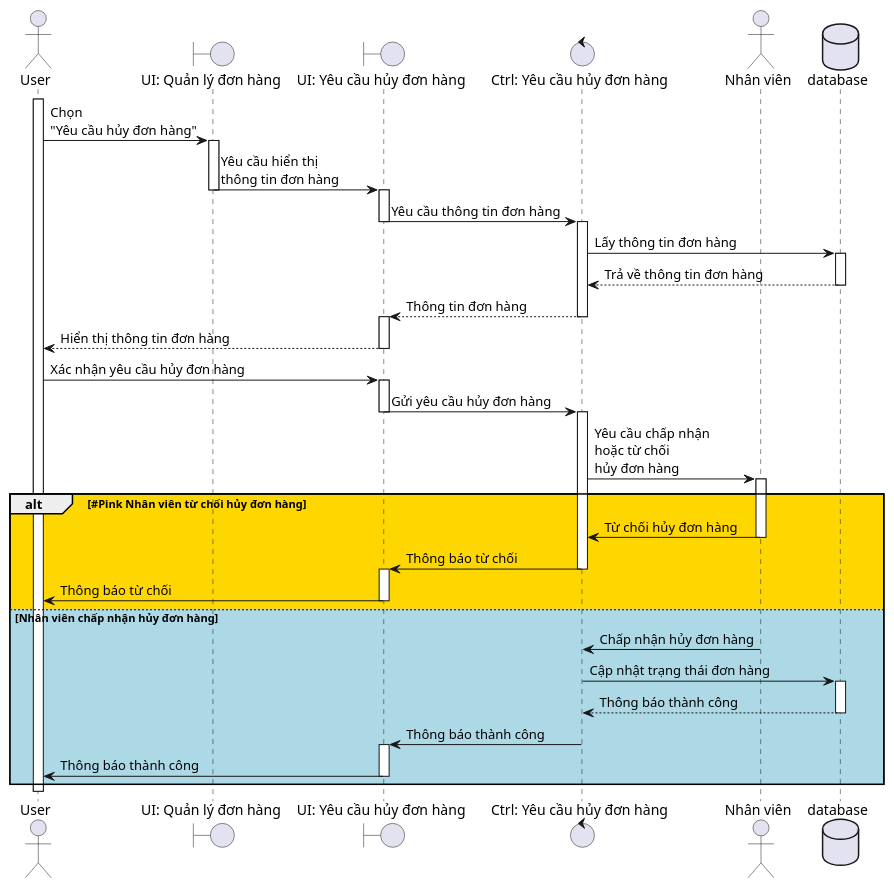
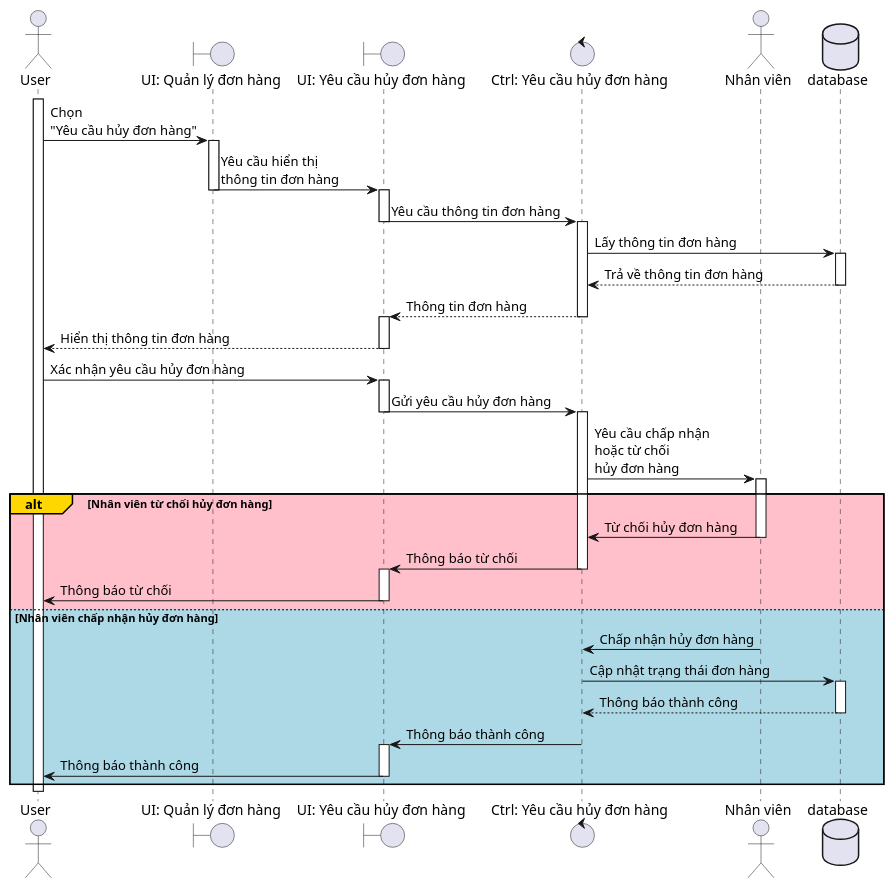
Before and after one commit to ThanhdatOris/LAB2211: the diagram in assets/plantuml/Oris/OrisSequence/CancelOrder.puml, drawn with PlantUML.

```diff
--- a/assets/plantuml/Oris/OrisSequence/CancelOrder.puml
+++ b/assets/plantuml/Oris/OrisSequence/CancelOrder.puml
@@ -1,65 +1,65 @@
 @startuml SequenceCancelOrder
 actor User as user
 boundary "UI: Quản lý đơn hàng" as ui_manageOrder
 boundary "UI: Yêu cầu hủy đơn hàng" as ui_cancelOrder
 control "Ctrl: Yêu cầu hủy đơn hàng" as ctrl_cancelOrder
 actor "Nhân viên" as staff
 database database
 
 activate user
 user -> ui_manageOrder: Chọn \n"Yêu cầu hủy đơn hàng"
 
 activate ui_manageOrder
 ui_manageOrder -> ui_cancelOrder: Yêu cầu hiển thị\nthông tin đơn hàng
 deactivate ui_manageOrder
 
 activate ui_cancelOrder
 ui_cancelOrder -> ctrl_cancelOrder: Yêu cầu thông tin đơn hàng
 deactivate ui_cancelOrder
 activate ctrl_cancelOrder
 
 ctrl_cancelOrder -> database: Lấy thông tin đơn hàng
 activate database
 database --> ctrl_cancelOrder: Trả về thông tin đơn hàng
 deactivate database
 
 ctrl_cancelOrder --> ui_cancelOrder: Thông tin đơn hàng
 deactivate ctrl_cancelOrder
 activate ui_cancelOrder
 ui_cancelOrder --> user: Hiển thị thông tin đơn hàng
 deactivate ui_cancelOrder
 
 user -> ui_cancelOrder: Xác nhận yêu cầu hủy đơn hàng
 activate ui_cancelOrder
 ui_cancelOrder -> ctrl_cancelOrder: Gửi yêu cầu hủy đơn hàng
 deactivate ui_cancelOrder
 activate ctrl_cancelOrder
 
 ctrl_cancelOrder -> staff: Yêu cầu chấp nhận \nhoặc từ chối\nhủy đơn hàng
 activate staff
 
-alt #Gold #Pink Nhân viên từ chối hủy đơn hàng
+alt#Gold #Pink Nhân viên từ chối hủy đơn hàng
     staff -> ctrl_cancelOrder: Từ chối hủy đơn hàng
     deactivate staff
     ctrl_cancelOrder -> ui_cancelOrder: Thông báo từ chối
     deactivate ctrl_cancelOrder
     activate ui_cancelOrder
     ui_cancelOrder -> user: Thông báo từ chối
     deactivate ui_cancelOrder
 else #LightBlue Nhân viên chấp nhận hủy đơn hàng
     staff -> ctrl_cancelOrder: Chấp nhận hủy đơn hàng
     deactivate staff
     ctrl_cancelOrder -> database: Cập nhật trạng thái đơn hàng
     activate database
     database --> ctrl_cancelOrder: Thông báo thành công
     deactivate database
     ctrl_cancelOrder -> ui_cancelOrder: Thông báo thành công
     deactivate ctrl_cancelOrder
     activate ui_cancelOrder
     ui_cancelOrder -> user: Thông báo thành công
     deactivate ui_cancelOrder
 end
 
 deactivate user
 
 @enduml
```
